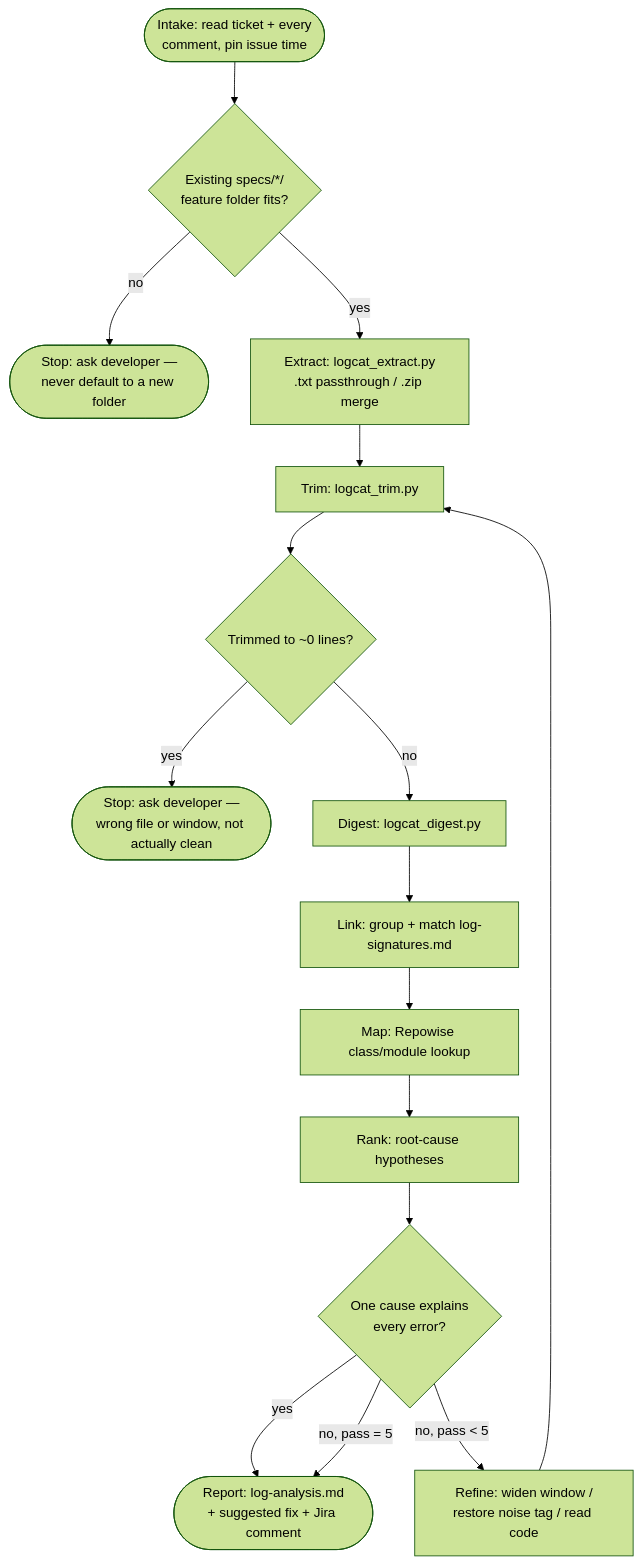
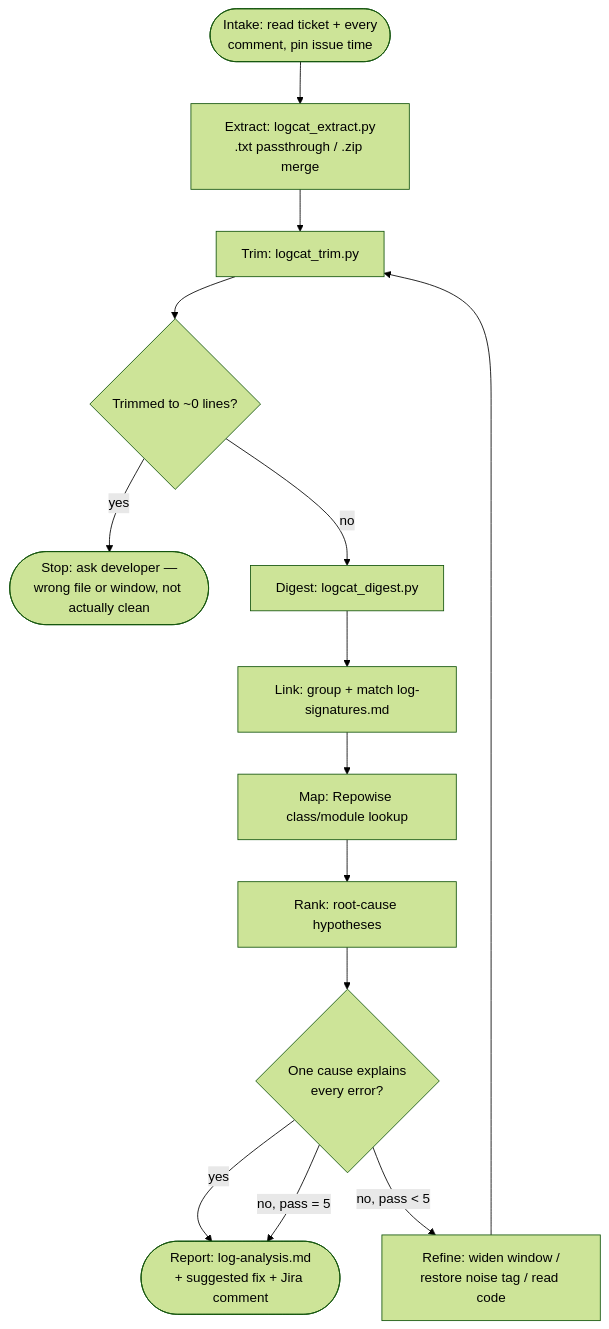
One commit to saraths-99/github-workflow changed the second of 2 diagrams in docs/workflow-design.md. Above: the diagram before and after it, drawn with Mermaid (forest theme). The commit also changed other lines of this file and 36 other files, not shown here.

````diff
--- a/docs/workflow-design.md
+++ b/docs/workflow-design.md
@@ -67,18 +67,16 @@
 ```mermaid
 flowchart TD
-    A([Intake: read ticket + every<br/>comment, pin issue time]) --> AF{Existing specs/*/<br/>feature folder fits?}
-    AF -- no --> AFX([Stop: ask developer —<br/>never default to a new folder])
-    AF -- yes --> X[Extract: logcat_extract.py<br/>.txt passthrough / .zip merge]
+    A([Intake: read ticket + every<br/>comment, pin issue time]) --> X[Extract: logcat_extract.py<br/>.txt passthrough / .zip merge]
     X --> B[Trim: logcat_trim.py]
     B --> BW{Trimmed to ~0 lines?}
     BW -- yes --> BWX([Stop: ask developer —<br/>wrong file or window, not actually clean])
     BW -- no --> C[Digest: logcat_digest.py]
     C --> D[Link: group + match log-signatures.md]
     D --> E[Map: Repowise class/module lookup]
     E --> F[Rank: root-cause hypotheses]
     F --> G{One cause explains<br/>every error?}
     G -- yes --> H([Report: log-analysis.md<br/>+ suggested fix + Jira comment])
     G -- no, pass < 5 --> I[Refine: widen window /<br/>restore noise tag / read code]
     I --> B
     G -- no, pass = 5 --> H
 ```
````
